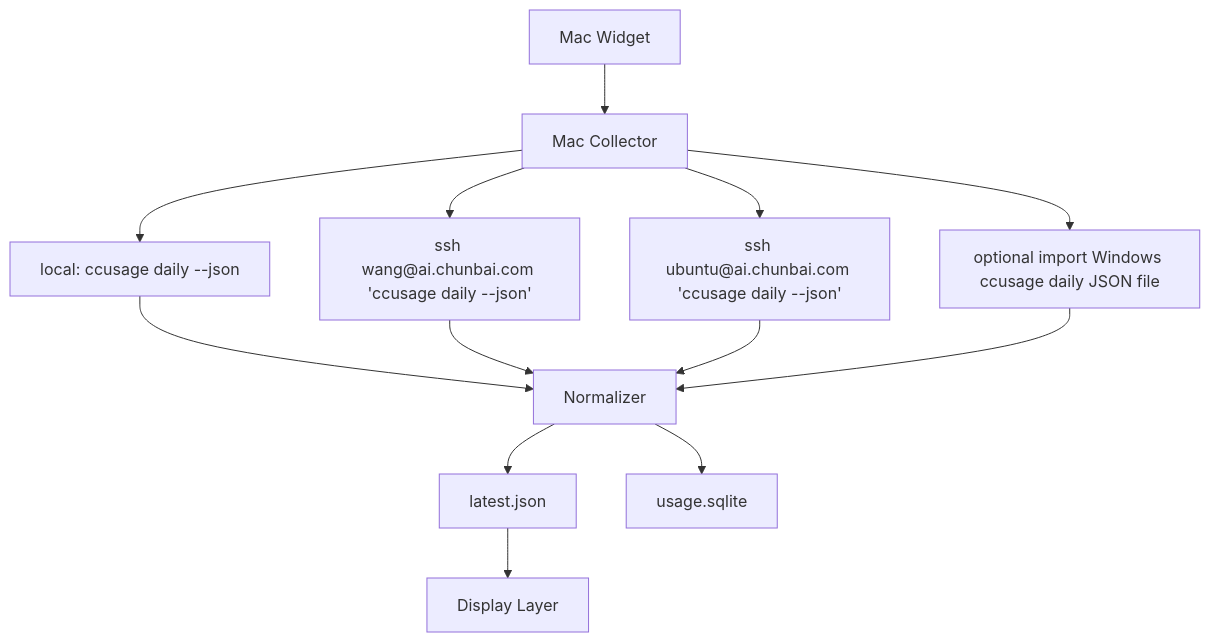
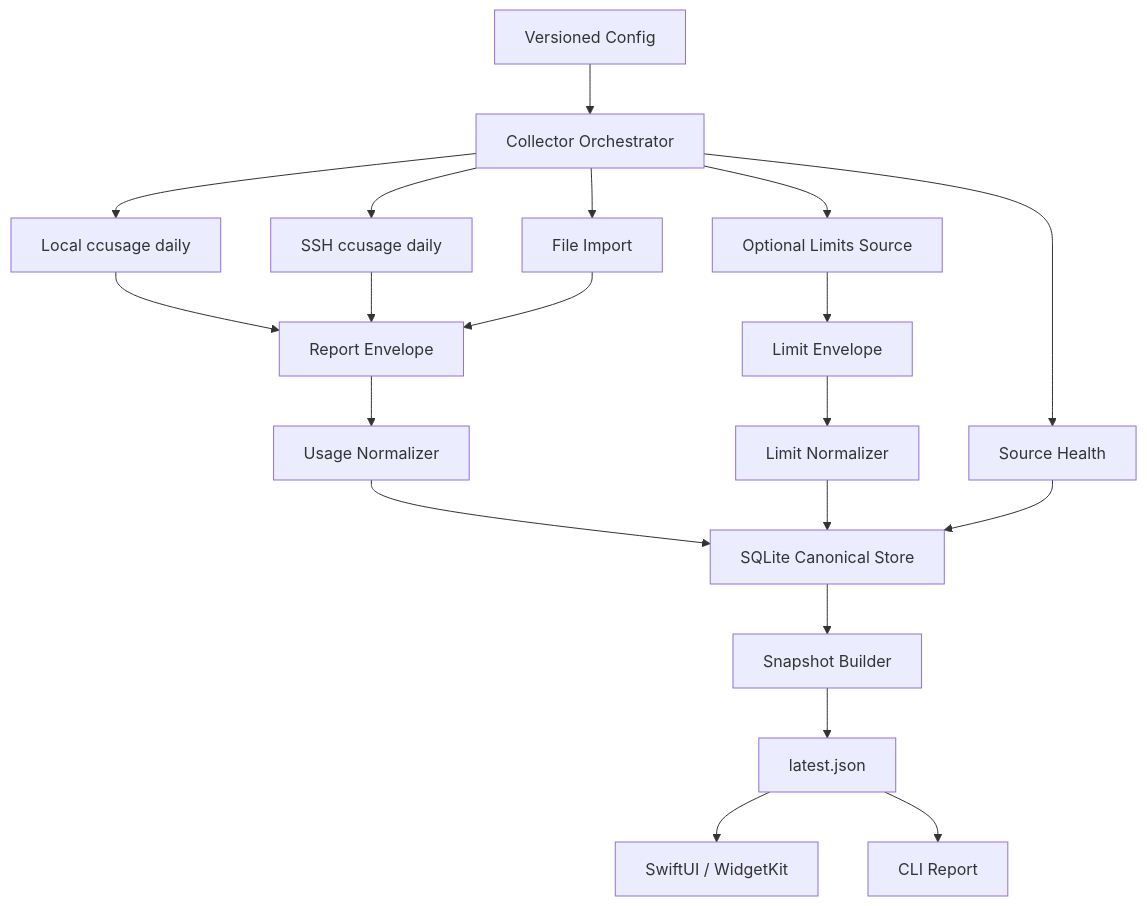
The diagram in docs/architecture.md (Moshuiwang/aiusage), drawn with Mermaid before and after one commit. The commit also changed other lines of this file and 39 other files, not shown here.

````diff
--- a/docs/architecture.md
+++ b/docs/architecture.md
@@ -33,15 +15,26 @@
 ```mermaid
 flowchart TD
-    ui["Mac Widget"] --> collector["Mac Collector"]
-    collector --> local["local: ccusage daily --json"]
-    collector --> wang["ssh wang@ai.chunbai.com 'ccusage daily --json'"]
-    collector --> ubuntu["ssh ubuntu@ai.chunbai.com 'ccusage daily --json'"]
-    collector --> windows["optional import Windows ccusage daily JSON file"]
-    local --> normalizer["Normalizer"]
-    wang --> normalizer
-    ubuntu --> normalizer
-    windows --> normalizer
-    normalizer --> latest["latest.json"]
-    normalizer --> sqlite["usage.sqlite"]
-    latest --> display["Display Layer"]
+    config["Versioned Config"] --> orchestrator["Collector Orchestrator"]
+    orchestrator --> local["Local ccusage daily"]
+    orchestrator --> ssh["SSH ccusage daily"]
+    orchestrator --> import["File Import"]
+    orchestrator --> limits["Optional Limits Source"]
+
+    local --> envelope["Report Envelope"]
+    ssh --> envelope
+    import --> envelope
+    limits --> limitEnvelope["Limit Envelope"]
+
+    envelope --> usageNormalizer["Usage Normalizer"]
+    limitEnvelope --> limitNormalizer["Limit Normalizer"]
+
+    usageNormalizer --> sqlite["SQLite Canonical Store"]
+    limitNormalizer --> sqlite
+    orchestrator --> health["Source Health"]
+    health --> sqlite
+
+    sqlite --> snapshot["Snapshot Builder"]
+    snapshot --> latest["latest.json"]
+    latest --> widget["SwiftUI / WidgetKit"]
+    latest --> cliReport["CLI Report"]
 ```
````
